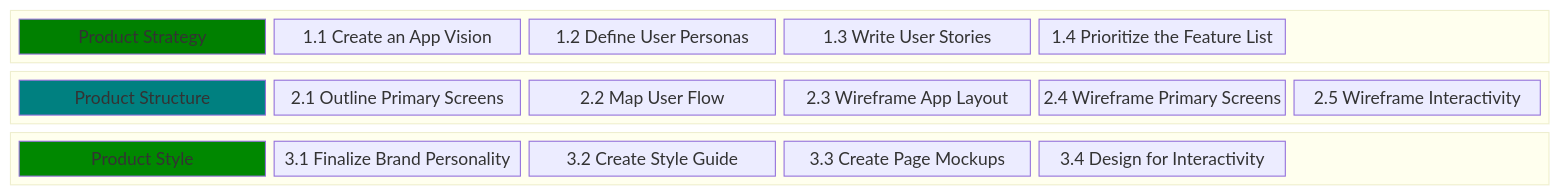
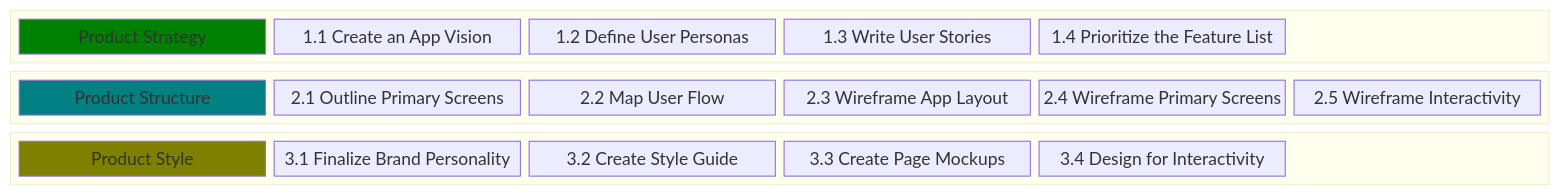
One commit to chingu-voyages/Handbook changed the diagram in docs/resources/techresources/uiux.md. Above: the diagram before and after it, drawn with Mermaid.

Commit message:
Feature: Add UI/UX Workflow diagram

````diff
--- a/docs/resources/techresources/uiux.md
+++ b/docs/resources/techresources/uiux.md
@@ -15,34 +15,34 @@
 ```mermaid
 block-beta
 columns 1
   block:STRATEGY
     columns 6
     A["Product Strategy"]
     B["1.1 Create an App Vision"]
     C["1.2 Define User Personas"]
     D["1.3 Write User Stories"]
     E["1.4 Prioritize the Feature List"]
     space
   end
   block:STRUCTURE
     columns 6
     G["Product Structure"]
     H["2.1 Outline Primary Screens"]
     I["2.2 Map User Flow"]
     J["2.3 Wireframe App Layout"]
     K["2.4 Wireframe Primary Screens"]
     L["2.5 Wireframe Interactivity"]
   end
   block:STYLE
     columns 6
     M["Product Style"]
     N["3.1 Finalize Brand Personality"]
     O["3.2 Create Style Guide"]
     P["3.3 Create Page Mockups"]
     Q["3.4 Design for Interactivity"]
     space
   end
   style A fill:#008000
   style G fill:#008080
-  style M fill:#008800
+  style M fill:#808000
 ```
````
